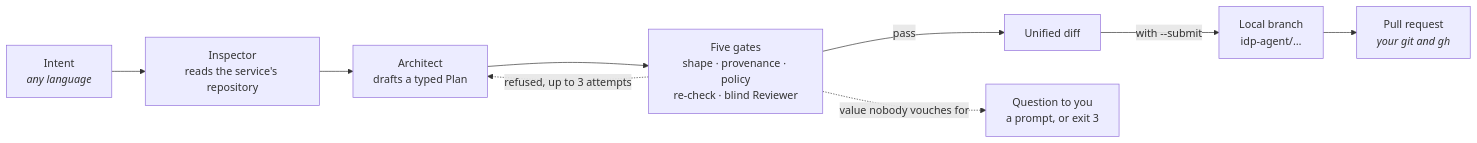
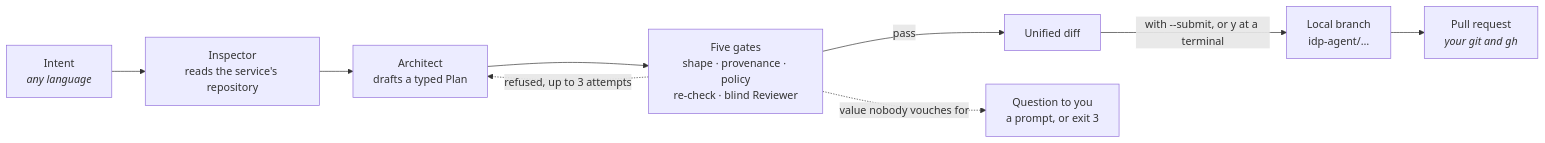
The diagram in README.md (pcaboor/idp-agent), drawn with Mermaid before and after one commit. The commit also changed other lines of this file and 16 other files, not shown here.

````diff
--- a/README.md
+++ b/README.md
@@ -343,11 +343,11 @@
 ```mermaid
 flowchart LR
     I["Intent<br/><i>any language</i>"] --> INS["Inspector<br/>reads the service's repository"]
     INS --> A["Architect<br/>drafts a typed Plan"]
     A --> G["Five gates<br/>shape · provenance · policy<br/>re-check · blind Reviewer"]
     G -- pass --> D["Unified diff"]
-    D -->|"with --submit"| B["Local branch<br/>idp-agent/…"]
+    D -->|"with --submit, or y at a terminal"| B["Local branch<br/>idp-agent/…"]
     B --> PR["Pull request<br/><i>your git and gh</i>"]
     G -. refused, up to 3 attempts .-> A
     G -. value nobody vouches for .-> Q["Question to you<br/>a prompt, or exit 3"]
 ```
````
